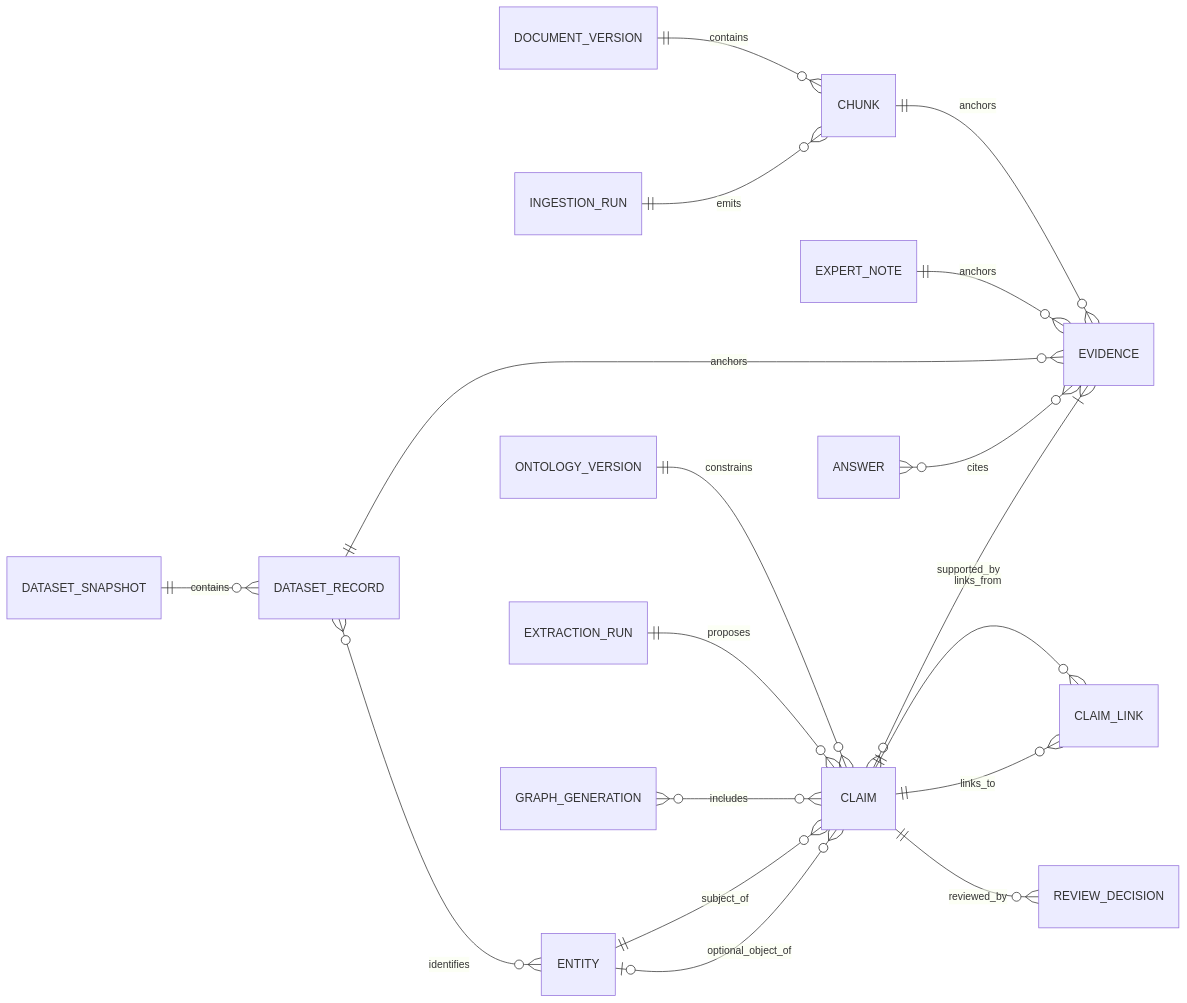
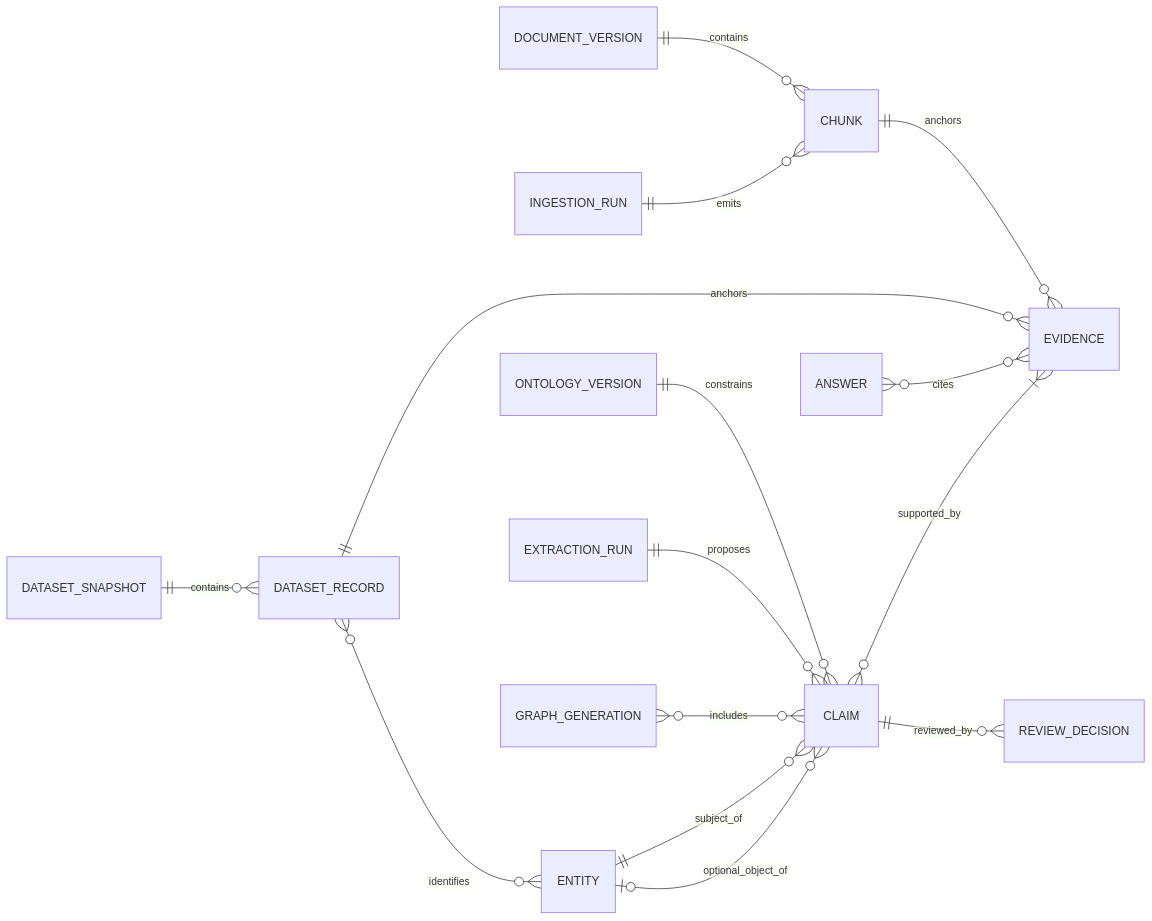
Before and after one commit to thaitri2005/Secure-O-G-LLM-and-Knowledge-Graph: the fifth of 7 diagrams in docs/PROJECT_DESIGN.md, drawn with Mermaid. The commit also changed other lines of this file and 35 other files, not shown here.

````diff
--- a/docs/PROJECT_DESIGN.md
+++ b/docs/PROJECT_DESIGN.md
@@ -546,21 +572,18 @@
 ```mermaid
 erDiagram
     direction LR
     DOCUMENT_VERSION ||--o{ CHUNK : contains
     INGESTION_RUN ||--o{ CHUNK : emits
     DATASET_SNAPSHOT ||--o{ DATASET_RECORD : contains
     CHUNK ||--o{ EVIDENCE : anchors
     DATASET_RECORD ||--o{ EVIDENCE : anchors
-    EXPERT_NOTE ||--o{ EVIDENCE : anchors
     DATASET_RECORD }o--o{ ENTITY : identifies
     ENTITY ||--o{ CLAIM : subject_of
     ENTITY o|--o{ CLAIM : optional_object_of
     CLAIM }o--|{ EVIDENCE : supported_by
-    CLAIM ||--o{ CLAIM_LINK : links_from
-    CLAIM ||--o{ CLAIM_LINK : links_to
     ONTOLOGY_VERSION ||--o{ CLAIM : constrains
     EXTRACTION_RUN ||--o{ CLAIM : proposes
     CLAIM ||--o{ REVIEW_DECISION : reviewed_by
     GRAPH_GENERATION }o--o{ CLAIM : includes
     ANSWER }o--o{ EVIDENCE : cites
 ```
````
